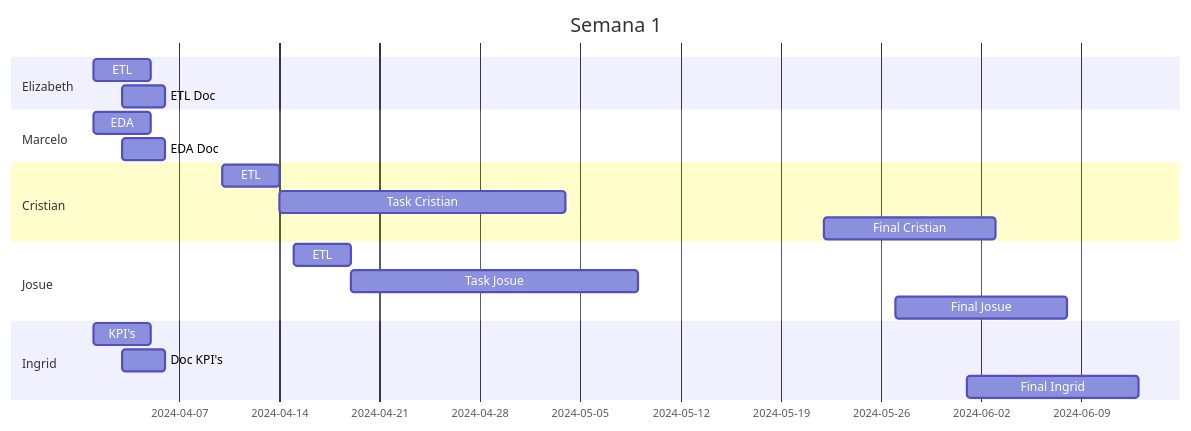
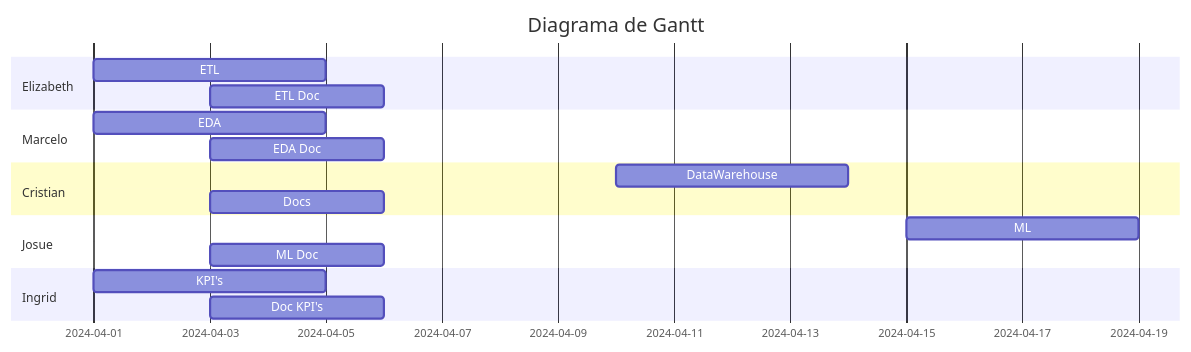
One commit to marceloyuba/SDT changed the diagram in README.md. Above: the diagram before and after it, drawn with Mermaid.

````diff
--- a/README.md
+++ b/README.md
@@ -9,29 +9,27 @@
 ```mermaid
 gantt
-    title Semana 1
+    title Diagrama de Gantt
 
   section Elizabeth
     ETL           :a1, 2024-04-01, 4d
     ETL Doc    :after a1, 2024-04-03, 3d
 
     section Marcelo
     EDA           :a2, 2024-04-01, 4d
     EDA Doc       :2024-04-03, 3d
 
     section Cristian
-     ETL           :a3, 2024-04-10, 4d
-    Task Cristian    :after a3 + 2d, 20d
-    Final Cristian    : 2024-05-22  , 12d
-
+    DataWarehouse      :a3, 2024-04-10, 4d
+    Docs               :2024-04-03, 3d
+    
     section Josue
-     ETL           :a4, 2024-04-15, 4d
-    Task Josue    :after a4 + 2d, 20d
-    Final Josue    : 2024-05-27  , 12d
+     ML           :a4, 2024-04-15, 4d
+    ML Doc        :2024-04-03, 3d
+    
 
     section Ingrid
     KPI's          :a5, 2024-04-01, 4d
     Doc KPI's       :2024-04-03, 3d
-    Final Ingrid    : 2024-06-01  , 12d
-
+   
 
 ```
````
